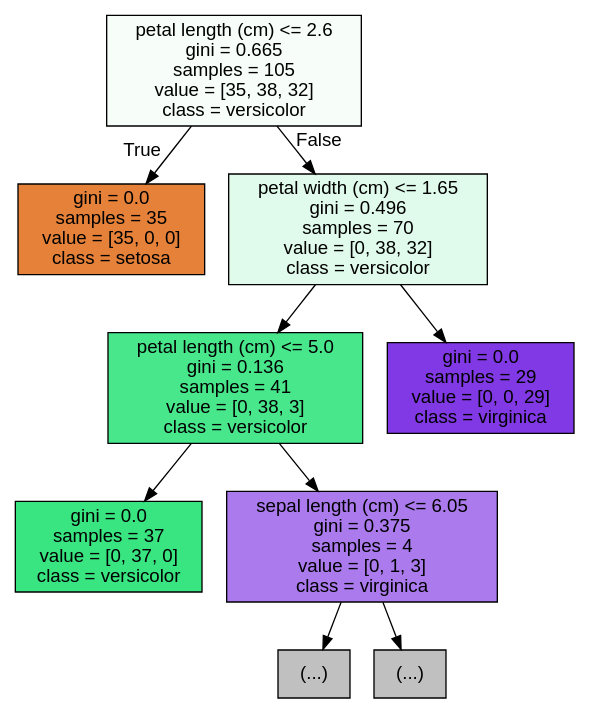
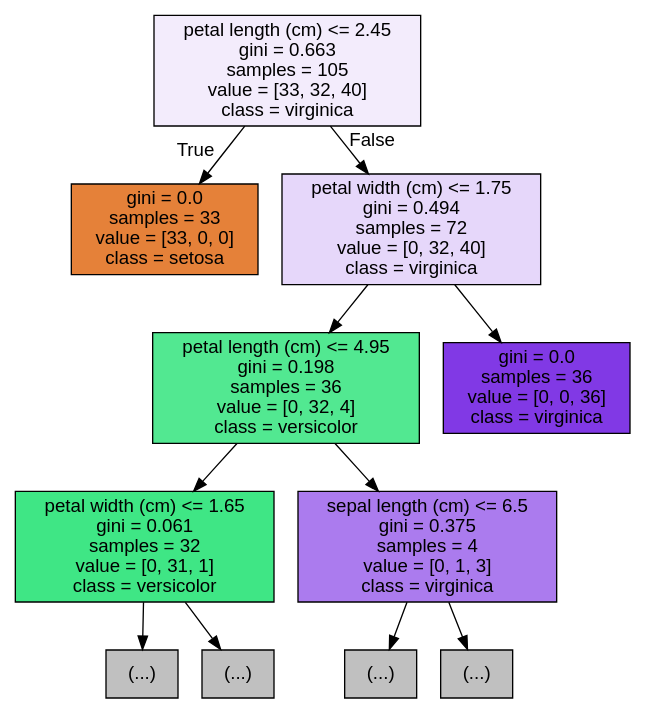
One commit to CG05/DB changed the diagram in 7. machine_learning/4. 분류/1. 결정 트리/tree.dot. Above: the diagram before and after it, drawn with Graphviz. The commit also changed 16 other files, not shown here.

```diff
--- a/7. machine_learning/4. 분류/1. 결정 트리/tree.dot
+++ b/7. machine_learning/4. 분류/1. 결정 트리/tree.dot
@@ -1,21 +1,25 @@
 digraph Tree {
 node [shape=box, style="filled", color="black", fontname="helvetica"] ;
 edge [fontname="helvetica"] ;
-0 [label="petal length (cm) <= 2.6\ngini = 0.665\nsamples = 105\nvalue = [35, 38, 32]\nclass = versicolor", fillcolor="#f7fefa"] ;
-1 [label="gini = 0.0\nsamples = 35\nvalue = [35, 0, 0]\nclass = setosa", fillcolor="#e58139"] ;
+0 [label="petal length (cm) <= 2.45\ngini = 0.663\nsamples = 105\nvalue = [33, 32, 40]\nclass = virginica", fillcolor="#f3ecfc"] ;
+1 [label="gini = 0.0\nsamples = 33\nvalue = [33, 0, 0]\nclass = setosa", fillcolor="#e58139"] ;
 0 -> 1 [labeldistance=2.5, labelangle=45, headlabel="True"] ;
-2 [label="petal width (cm) <= 1.65\ngini = 0.496\nsamples = 70\nvalue = [0, 38, 32]\nclass = versicolor", fillcolor="#e0fbeb"] ;
+2 [label="petal width (cm) <= 1.75\ngini = 0.494\nsamples = 72\nvalue = [0, 32, 40]\nclass = virginica", fillcolor="#e6d7fa"] ;
 0 -> 2 [labeldistance=2.5, labelangle=-45, headlabel="False"] ;
-3 [label="petal length (cm) <= 5.0\ngini = 0.136\nsamples = 41\nvalue = [0, 38, 3]\nclass = versicolor", fillcolor="#49e78b"] ;
+3 [label="petal length (cm) <= 4.95\ngini = 0.198\nsamples = 36\nvalue = [0, 32, 4]\nclass = versicolor", fillcolor="#52e891"] ;
 2 -> 3 ;
-4 [label="gini = 0.0\nsamples = 37\nvalue = [0, 37, 0]\nclass = versicolor", fillcolor="#39e581"] ;
+4 [label="petal width (cm) <= 1.65\ngini = 0.061\nsamples = 32\nvalue = [0, 31, 1]\nclass = versicolor", fillcolor="#3fe685"] ;
 3 -> 4 ;
-5 [label="sepal length (cm) <= 6.05\ngini = 0.375\nsamples = 4\nvalue = [0, 1, 3]\nclass = virginica", fillcolor="#ab7bee"] ;
-3 -> 5 ;
+5 [label="(...)", fillcolor="#C0C0C0"] ;
+4 -> 5 ;
 6 [label="(...)", fillcolor="#C0C0C0"] ;
-5 -> 6 ;
-7 [label="(...)", fillcolor="#C0C0C0"] ;
-5 -> 7 ;
-8 [label="gini = 0.0\nsamples = 29\nvalue = [0, 0, 29]\nclass = virginica", fillcolor="#8139e5"] ;
-2 -> 8 ;
+4 -> 6 ;
+7 [label="sepal length (cm) <= 6.5\ngini = 0.375\nsamples = 4\nvalue = [0, 1, 3]\nclass = virginica", fillcolor="#ab7bee"] ;
+3 -> 7 ;
+8 [label="(...)", fillcolor="#C0C0C0"] ;
+7 -> 8 ;
+9 [label="(...)", fillcolor="#C0C0C0"] ;
+7 -> 9 ;
+10 [label="gini = 0.0\nsamples = 36\nvalue = [0, 0, 36]\nclass = virginica", fillcolor="#8139e5"] ;
+2 -> 10 ;
 }
```
